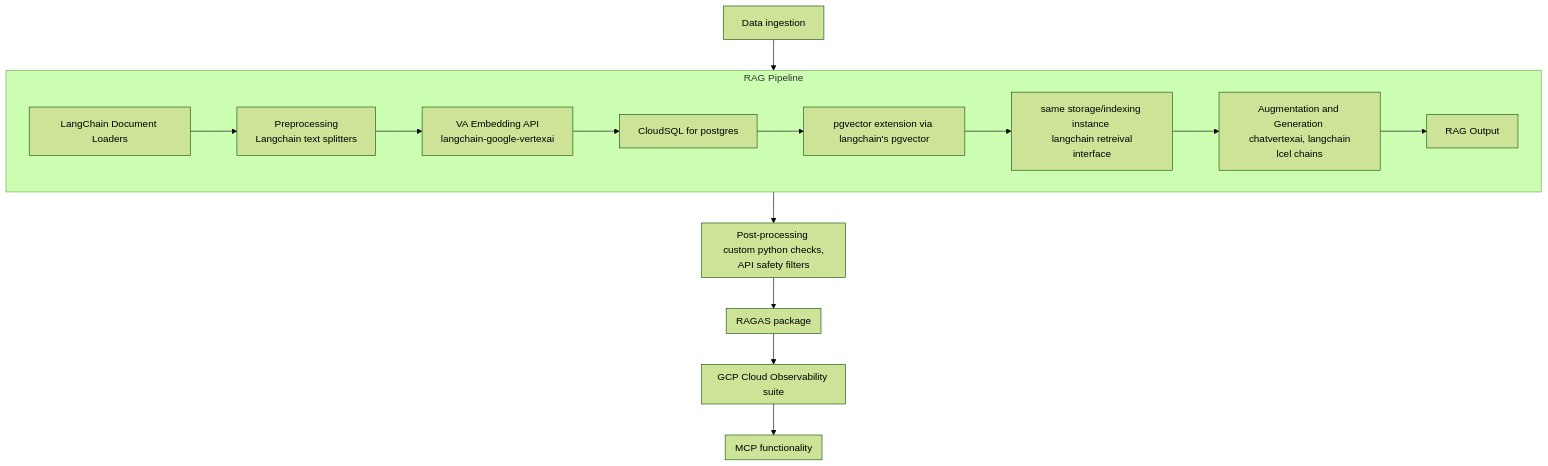
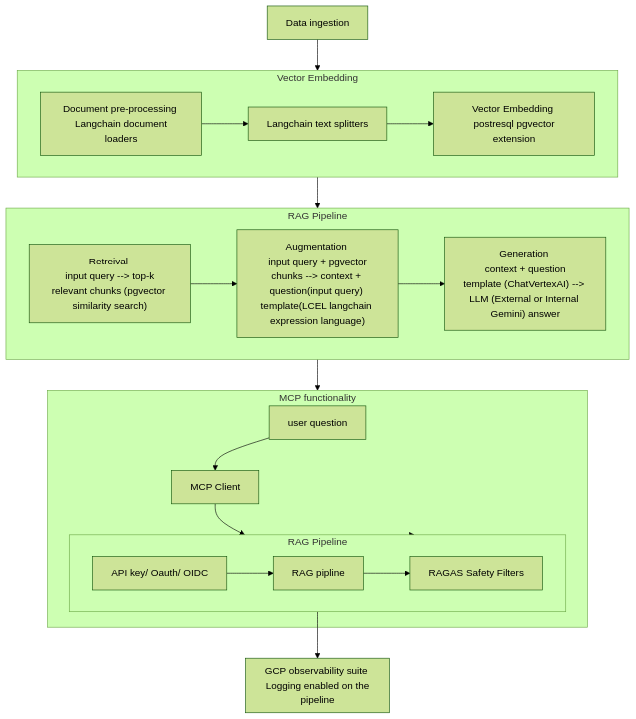
One commit to Sekinat95/cloud-architect-portfolio-iter2 changed the diagram in projects/RAG pipeline/diagram/architecture-overview.mmd. Above: the diagram before and after it, drawn with Mermaid (forest theme). The commit also changed 2 other files, not shown here.

Commit message:
README: polishing the readme for RAG project

```diff
--- a/projects/RAG pipeline/diagram/architecture-overview.mmd
+++ b/projects/RAG pipeline/diagram/architecture-overview.mmd
@@ -1,24 +1,26 @@
 graph TD
-  GCS["Data ingestion"] --> RAGPL
+  GCS["Data ingestion"] --> EMBC
+  subgraph EMBC["Vector Embedding"]
+    DOCUP["Document pre-processing <br/> Langchain document loaders"]-->CHNK
+    CHNK["Langchain text splitters"]-->EMB
+    EMB["Vector Embedding <br/> postresql pgvector extension"]
+  end
   subgraph RAGPL["RAG Pipeline"]
-      LGCH["LangChain Document Loaders"] --> LGPRS
-      LGPRS["Preprocessing <br/> Langchain text splitters"] --> VAEMB
-      VAEMB["VA Embedding API <br/> langchain-google-vertexai"] --> STR
-      STR["CloudSQL for postgres"] --> IND
-      IND["pgvector extension via langchain's pgvector"] --> RTV
-      RTV["same storage/indexing instance <br/> langchain retreival interface"] --> AUG
-      AUG["Augmentation and Generation <br/> chatvertexai, langchain lcel chains"] --> RAGPL_END["RAG Output"]
-    end
-
-  subgraph PPRC["Post-processing <br/> custom python checks, API safety filters"]
+    R["Retreival <br/> input query --> top-k relevant chunks (pgvector similarity search)"] -->A
+    A["Augmentation <br/> input query + pgvector chunks --> context + question(input query) template(LCEL langchain expression language)"] -->G
+    G["Generation <br/> context + question template (ChatVertexAI) --> LLM (External or Internal Gemini) answer "]
+  end
+  subgraph MCP["MCP functionality"]
+    USR["user question"] --> MCPC
+    MCPC["MCP Client"] --> RAGPPL
+    %% RAGPPL["RAG Pipeline"]
+  end
+  subgraph RAGPPL ["RAG Pipeline"]
+    OAUTH["API key/ Oauth/ OIDC"] --> RAGP
+    RAGP["RAG pipline"] --> FLT
+    FLT["RAGAS Safety Filters"]
+  end
+  subgraph OBSV["GCP observability suite <br/> Logging enabled on the pipeline"]
   end
 
-  subgraph EVAL["RAGAS package"]
-  end
-
-  subgraph MON["GCP Cloud Observability suite"]
-  end
-  subgraph MCP["MCP functionality"]
-  end
-
-  RAGPL --> PPRC --> EVAL --> MON --> MCP
+EMBC --> RAGPL --> MCP --> RAGPPL --> OBSV
```
